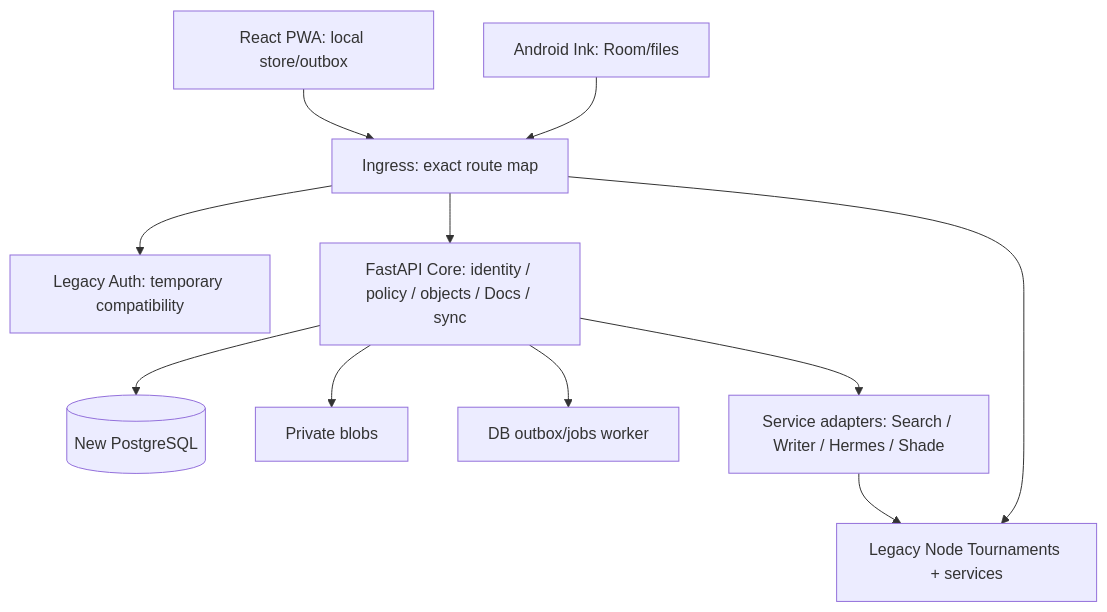
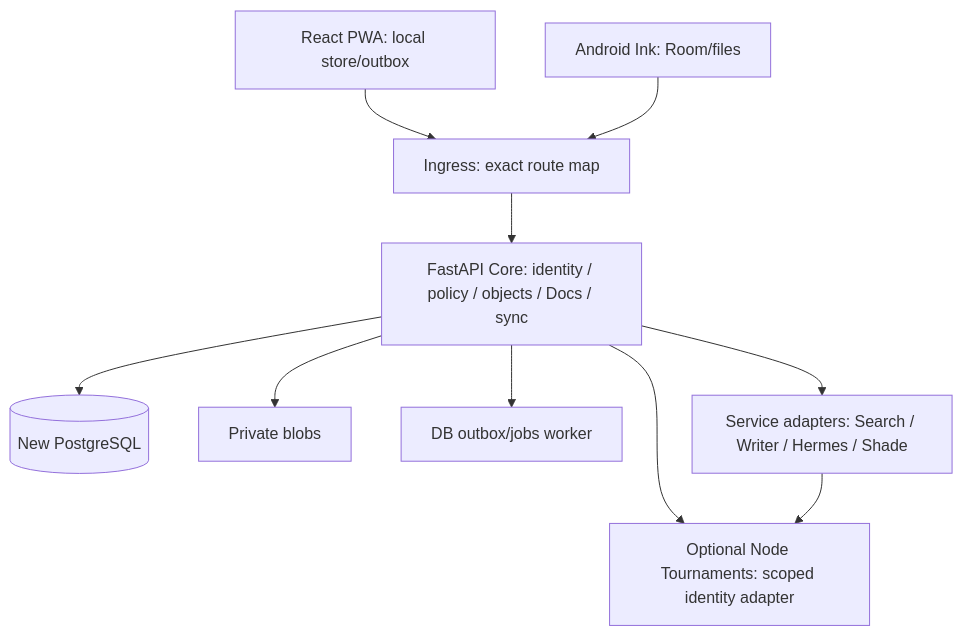
The diagram in docs/architecture/TARGET_ARCHITECTURE.md (kirillkuz1122/qubite), drawn with Mermaid before and after one commit. The commit also changed other lines of this file and 32 other files, not shown here.

````diff
--- a/docs/architecture/TARGET_ARCHITECTURE.md
+++ b/docs/architecture/TARGET_ARCHITECTURE.md
@@ -18,13 +18,12 @@
 ```mermaid
 flowchart TD
   W[React PWA: local store/outbox] --> G[Ingress: exact route map]
   A[Android Ink: Room/files] --> G
-  G --> AU[Legacy Auth: temporary compatibility]
   G --> C[FastAPI Core: identity / policy / objects / Docs / sync]
-  G --> L[Legacy Node Tournaments + services]
+  C --> L[Optional Node Tournaments: scoped identity adapter]
   C --> P[(New PostgreSQL)]
   C --> B[Private blobs]
   C --> J[DB outbox/jobs worker]
   C --> AD[Service adapters: Search / Writer / Hermes / Shade]
   AD --> L
 ```
````
